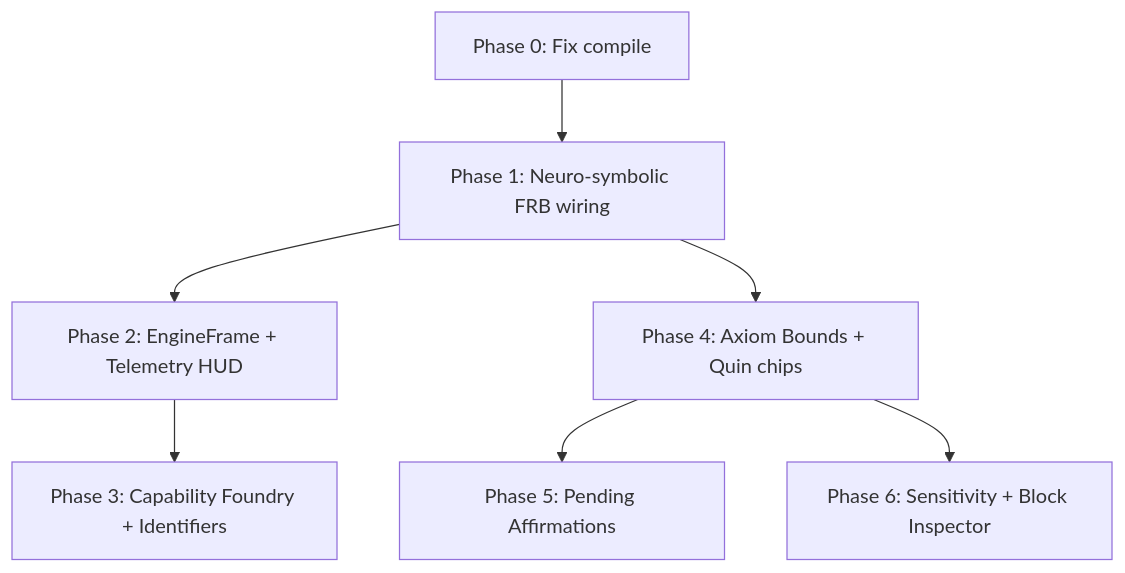
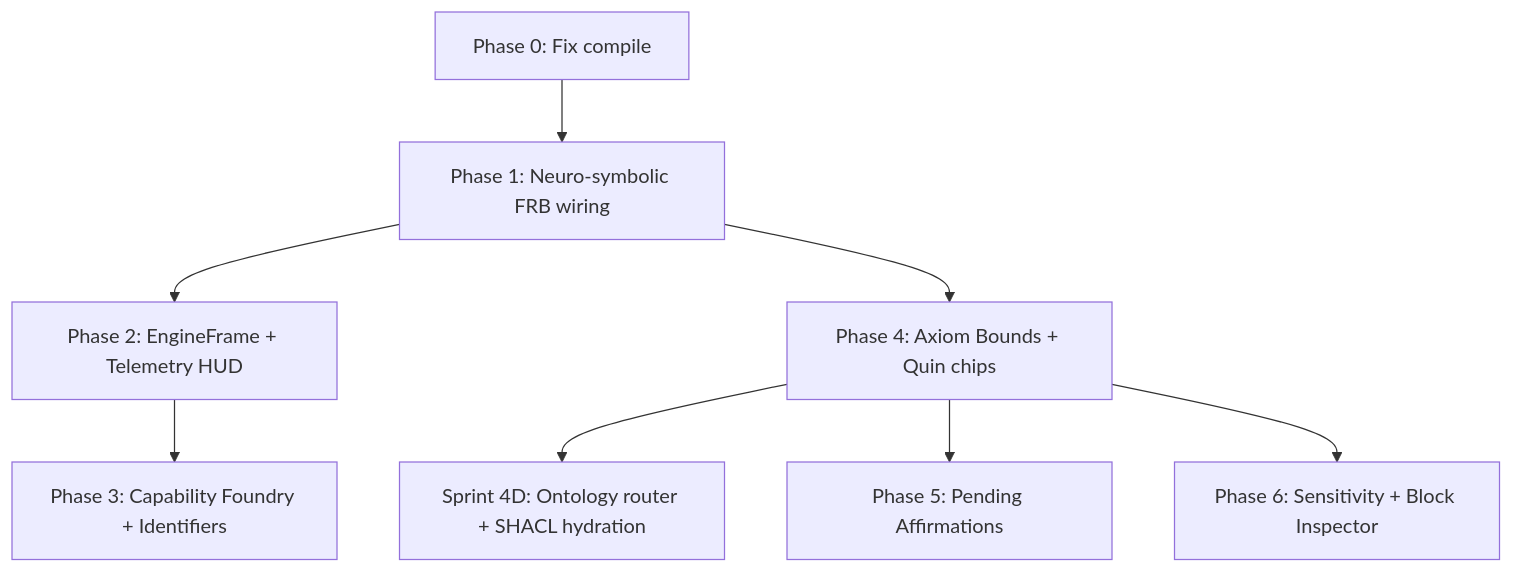
One commit to mediaprophet/qualiaDB changed the diagram in docs/manuals/0.0.9-flutter-plan.md. Above: the diagram before and after it, drawn with Mermaid. The commit also changed other lines of this file and 33 other files, not shown here.

Commit message:
feat(flutter): add guardianship and sensitivity flows

````diff
--- a/docs/manuals/0.0.9-flutter-plan.md
+++ b/docs/manuals/0.0.9-flutter-plan.md
@@ -428,9 +487,10 @@
 ```mermaid
 flowchart TD
     P0[Phase 0: Fix compile] --> P1[Phase 1: Neuro-symbolic FRB wiring]
     P1 --> P2[Phase 2: EngineFrame + Telemetry HUD]
     P1 --> P4[Phase 4: Axiom Bounds + Quin chips]
+    P4 --> P4D[Sprint 4D: Ontology router + SHACL hydration]
     P2 --> P3[Phase 3: Capability Foundry + Identifiers]
     P4 --> P5[Phase 5: Pending Affirmations]
     P4 --> P6[Phase 6: Sensitivity + Block Inspector]
 ```
````
